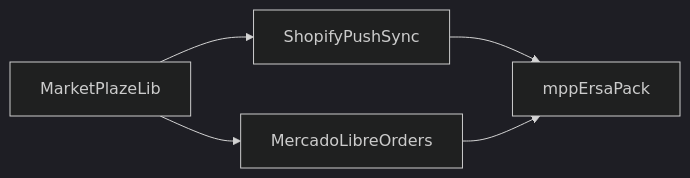
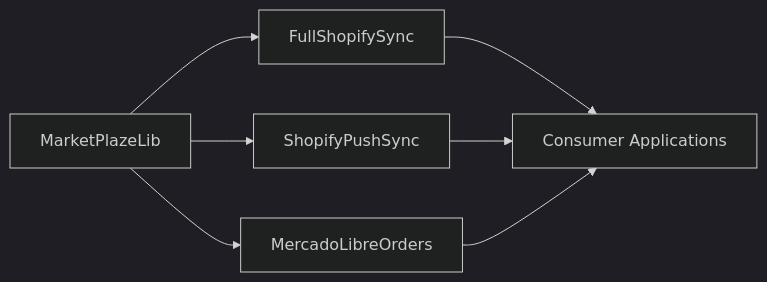
Before and after one commit to tfonrouge/marketPlazeLib: the diagram in blueprints/INDEX.md, drawn with Mermaid (dark theme). The commit also changed other lines of this file and 8 other files, not shown here.

````diff
--- a/blueprints/INDEX.md
+++ b/blueprints/INDEX.md
@@ -30,7 +31,9 @@
 ```mermaid
 graph LR
   MarketPlazeLib --> ShopifyPushSync
+  MarketPlazeLib --> FullShopifySync
   MarketPlazeLib --> MercadoLibreOrders
-  ShopifyPushSync --> mppErsaPack
-  MercadoLibreOrders --> mppErsaPack
+  FullShopifySync --> ConsumerApps[Consumer Applications]
+  ShopifyPushSync --> ConsumerApps
+  MercadoLibreOrders --> ConsumerApps
 ```
````
